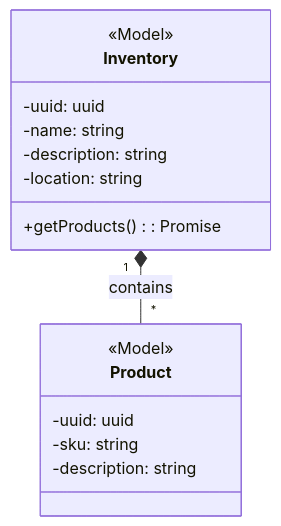
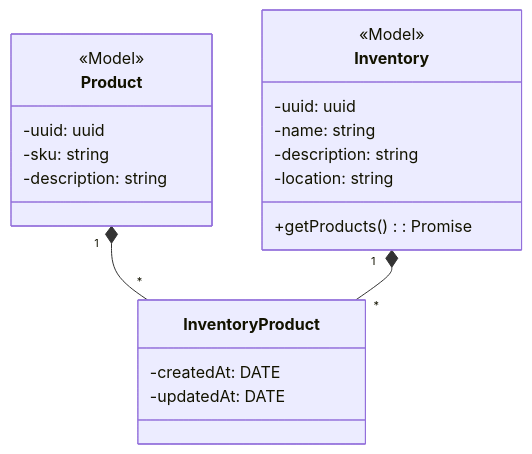
One commit to bruwyvn/mini-erp changed the diagram in README.md. Above: the diagram before and after it, drawn with Mermaid. The commit also changed other lines of this file and 4 other files, not shown here.

````diff
--- a/README.md
+++ b/README.md
@@ -84,20 +84,26 @@
 ```mermaid
 classDiagram
   class Inventory {
     <<Model>>
     -uuid: uuid
     -name: string
     -description: string
     -location: string
     +getProducts(): Promise<Product[]>
   }
 
   class Product {
     <<Model>>
     -uuid: uuid
     -sku: string
     -description: string
   }
 
-  Inventory "1" *-- "*" Product : contains
+  class InventoryProduct {
+        -createdAt: DATE
+        -updatedAt: DATE
+  }
+
+  Product "1" *-- "*" InventoryProduct
+  Inventory "1" *-- "*" InventoryProduct
 ```
````
